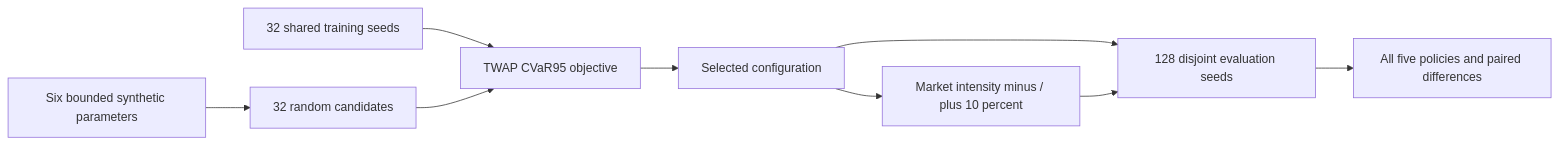
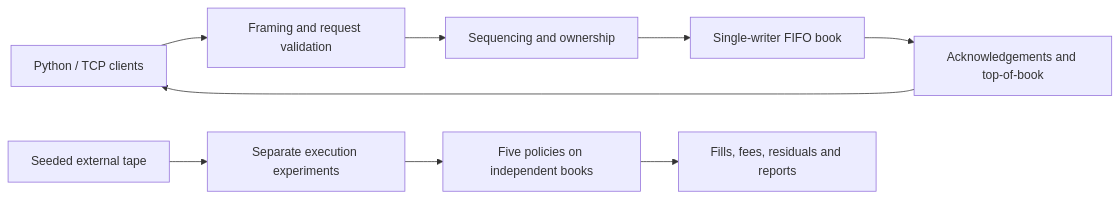
The diagram in README.md (Ekanshthegreat/Mercury), drawn with Mermaid before and after one commit. The commit also changed other lines of this file and 5 other files, not shown here.

````diff
--- a/README.md
+++ b/README.md
@@ -81,11 +35,11 @@
 ```mermaid
 flowchart LR
-  Bounds[Six bounded synthetic parameters] --> Candidates[32 random candidates]
-  Training[32 shared training seeds] --> Score[TWAP CVaR95 objective]
-  Candidates --> Score
-  Score --> Selected[Selected configuration]
-  Selected --> Holdout[128 disjoint evaluation seeds]
-  Selected --> Neighbors[Market intensity minus / plus 10 percent]
-  Neighbors --> Holdout
-  Holdout --> Compare[All five policies and paired differences]
+  Clients[Python / TCP clients] --> Frames[Framing and request validation]
+  Frames --> Gateway[Sequencing and ownership]
+  Gateway --> Book[Single-writer FIFO book]
+  Book --> Replies[Acknowledgements and top-of-book]
+  Replies --> Clients
+  Tape[Seeded external tape] --> Replay[Separate execution experiments]
+  Replay --> Policies[Five policies on independent books]
+  Policies --> Results[Fills, fees, residuals and reports]
 ```
````
